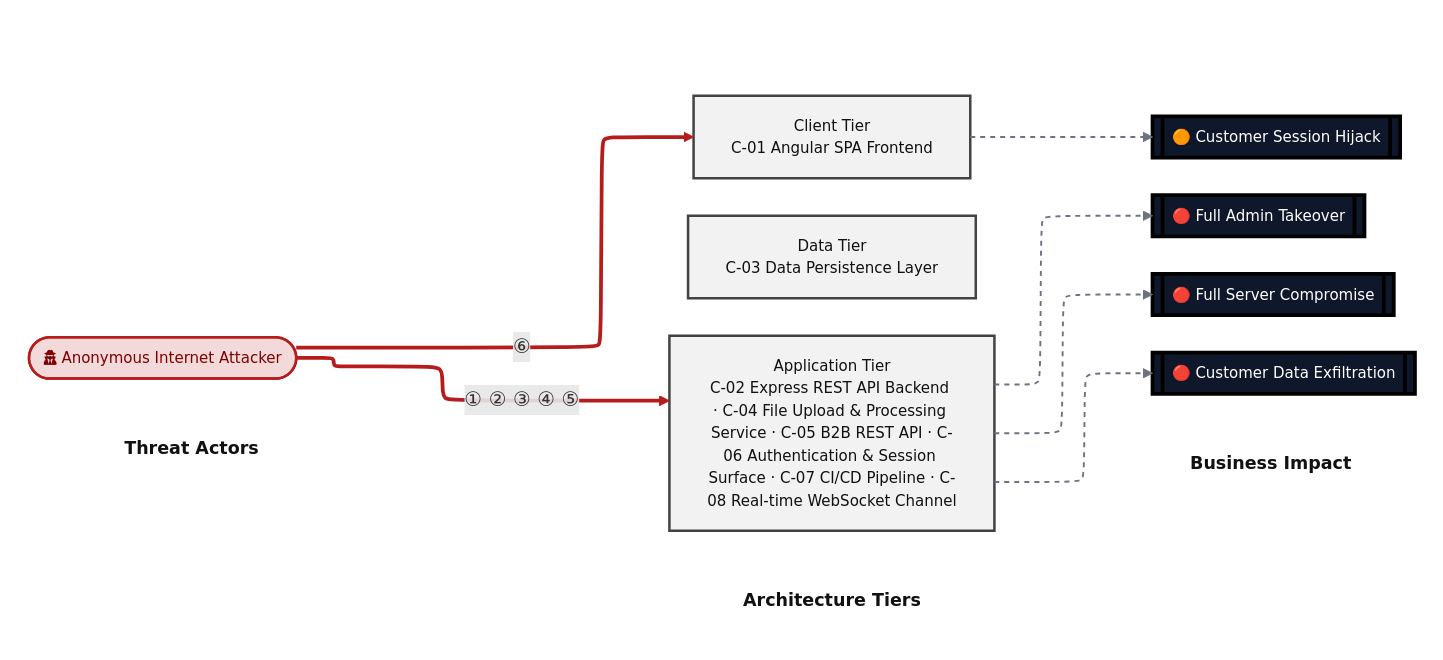
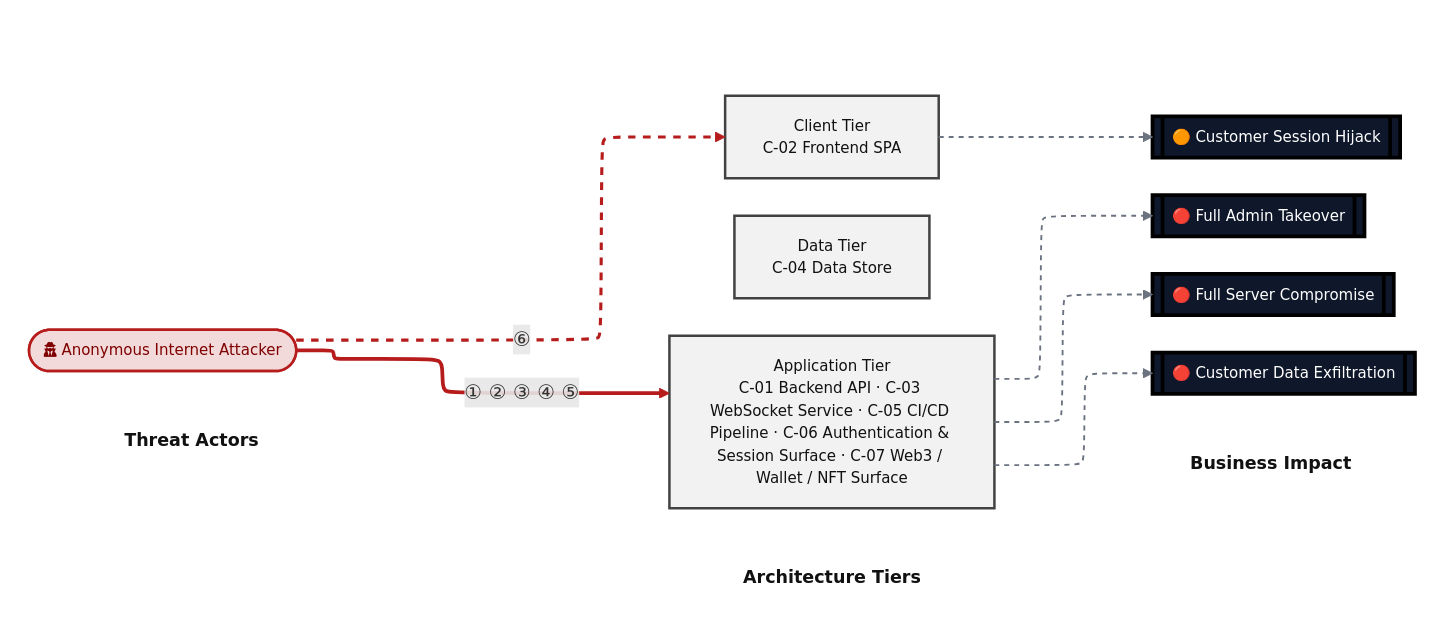
One commit to appsec-foundry/appsec-advisor changed the first of 6 diagrams in examples/threat-modeler/threat-model-juice-shop-quick.md. Above: the diagram before and after it, drawn with Mermaid. The commit also changed other lines of this file and 7 other files, not shown here.

````diff
--- a/examples/threat-modeler/threat-model-juice-shop-quick.md
+++ b/examples/threat-modeler/threat-model-juice-shop-quick.md
@@ -116,67 +136,70 @@
 ```mermaid
 %%{init: {"flowchart": {"defaultRenderer": "elk", "nodeSpacing": 45, "rankSpacing": 95}} }%%
 flowchart LR
     subgraph ACTORS[" "]
         direction TB
         HDR_A["<b>Threat Actors</b>"]:::columnHeader
         ANON(["fa:fa-user-secret Anonymous Internet Attacker"]):::actorAnon
     end
 
     subgraph TIERS[" "]
         direction TB
         HDR_T["<b>Architecture Tiers</b>"]:::columnHeader
-        BROWSER["Client Tier<br/>C-01 Angular SPA Frontend"]:::tierClient
-        SERVER["Application Tier<br/>C-02 Express REST API Backend · C-04 File Upload & Processing Service · C-05 B2B REST API · C-06 Authentication & Session Surface · C-07 CI/CD Pipeline · C-08 Real-time WebSocket Channel"]:::tierApp
-        DATA["Data Tier<br/>C-03 Data Persistence Layer"]:::tierData
+        BROWSER["Client Tier<br/>C-02 Frontend SPA"]:::tierClient
+        SERVER["Application Tier<br/>C-01 Backend API · C-03 WebSocket Service · C-05 CI/CD Pipeline · C-06 Authentication & Session Surface · C-07 Web3 / Wallet / NFT Surface"]:::tierApp
+        DATA["Data Tier<br/>C-04 Data Store"]:::tierData
     end
 
     subgraph IMPACT[" "]
         direction TB
         HDR_I["<b>Business Impact</b>"]:::columnHeader
         CUSTOMER_SESSION_HIJACK[["🟠 Customer Session Hijack"]]:::impact
         FULL_ADMIN_TAKEOVER[["🔴 Full Admin Takeover"]]:::impact
         FULL_SERVER_COMPROMISE[["🔴 Full Server Compromise"]]:::impact
         CUSTOMER_DATA_EXFILTRATION[["🔴 Customer Data Exfiltration"]]:::impact
     end
 
     %% Invisible alignment hints. Two purposes:
     %%   (a) keep per-component alignment edges (e.g. ANON --- SERVER) so the
     %%       forward attack arrows route horizontally without crossing tier
     %%       boxes (the diagram is forward-only: actor → tier → impact, no
     %%       backward relay edges into the actor column);
     %%   (b) chain the three column headers (HDR_A, HDR_T, HDR_I) across
     %%       subgraph boundaries so ELK pins them on the same Y line.
     HDR_A --- HDR_T
     HDR_T --- HDR_I
     ANON --- SERVER
 
-    %% Attack arrows
+    %% Attack arrows - solid ==> for DIRECT attacks, dashed -.-> for INDIRECT
+    %% (victim-required, e.g. DOM/stored XSS). Both stay in the red attack
+    %% linkStyle; the dashed syntax marks the indirect ones.
     ANON ==>|" ① ② ③ ④ ⑤  "| SERVER
-    ANON ==>|" ⑥  "| BROWSER
+    ANON -.->|" ⑥  "| BROWSER
 
     %% Consequence arrows (tier → business impact, all LR-forward)
     SERVER -.-> CUSTOMER_DATA_EXFILTRATION
     SERVER -.-> FULL_ADMIN_TAKEOVER
     SERVER -.-> FULL_SERVER_COMPROMISE
     BROWSER -.-> CUSTOMER_SESSION_HIJACK
 
     %% Subgraph frames invisible - column headers are emitted as the
     %% FIRST node of each subgraph (HDR_A / HDR_T / HDR_I) and pinned
     %% on the same Y line by the cross-subgraph alignment edges above.
     style ACTORS fill:none,stroke:none
     style TIERS  fill:none,stroke:none
     style IMPACT fill:none,stroke:none
 
     classDef tierClient fill:#f2f2f2,stroke:#424242,color:#111,stroke-width:2px,font-size:12px
     classDef tierApp    fill:#f2f2f2,stroke:#424242,color:#111,stroke-width:2px,font-size:12px
     classDef tierData   fill:#f2f2f2,stroke:#424242,color:#111,stroke-width:2px,font-size:12px
     classDef actorAnon     fill:#f3dada,stroke:#b71c1c,color:#7f0000,stroke-width:2px,font-size:12px
     classDef impact        fill:#0f172a,stroke:#000,color:#fff,stroke-width:3px,font-size:12px
 
     classDef columnHeader  fill:none,stroke:none,color:#111,font-size:14px
 
     linkStyle 0,1,2     stroke:transparent,stroke-width:0px
-    linkStyle 3,4     stroke:#b71c1c,stroke-width:3px
+    linkStyle 3     stroke:#b71c1c,stroke-width:3px
+    linkStyle 4     stroke:#b71c1c,stroke-width:2.5px,stroke-dasharray:6
     linkStyle 5,6,7,8     stroke:#6b7280,stroke-width:1.5px,stroke-dasharray:4
 
 ```
````
